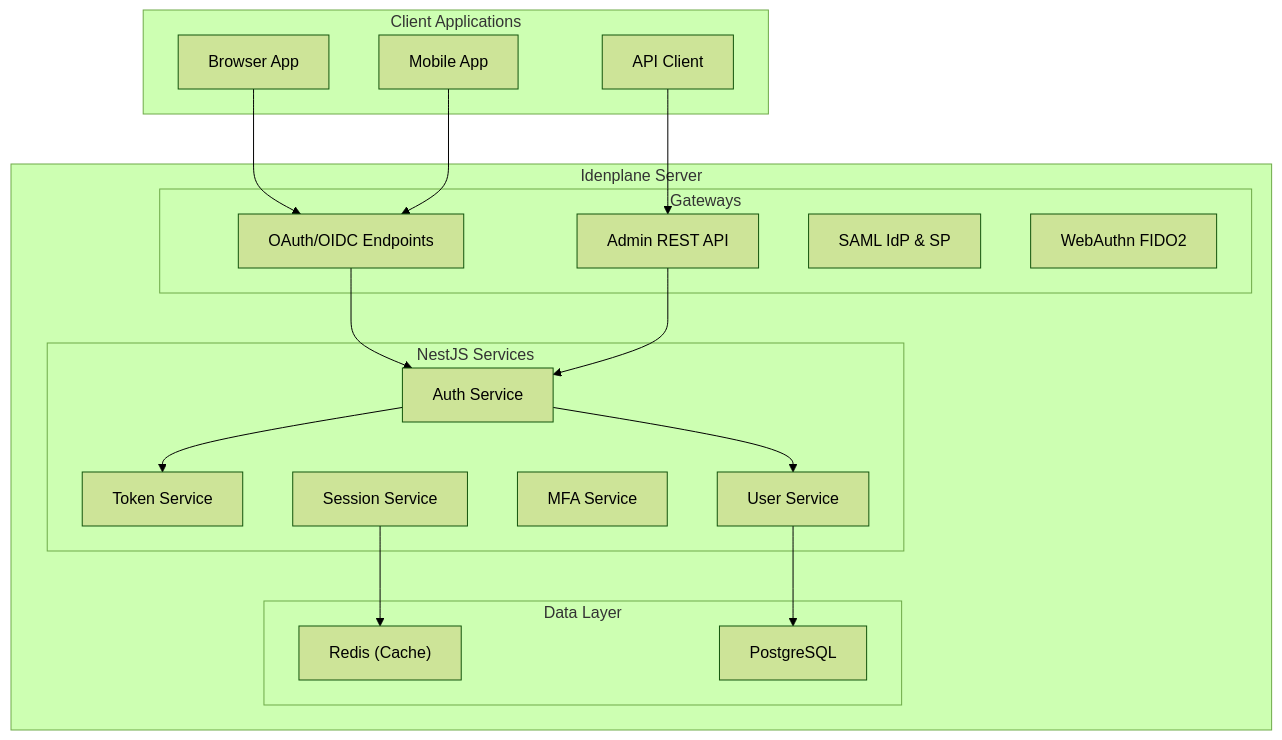
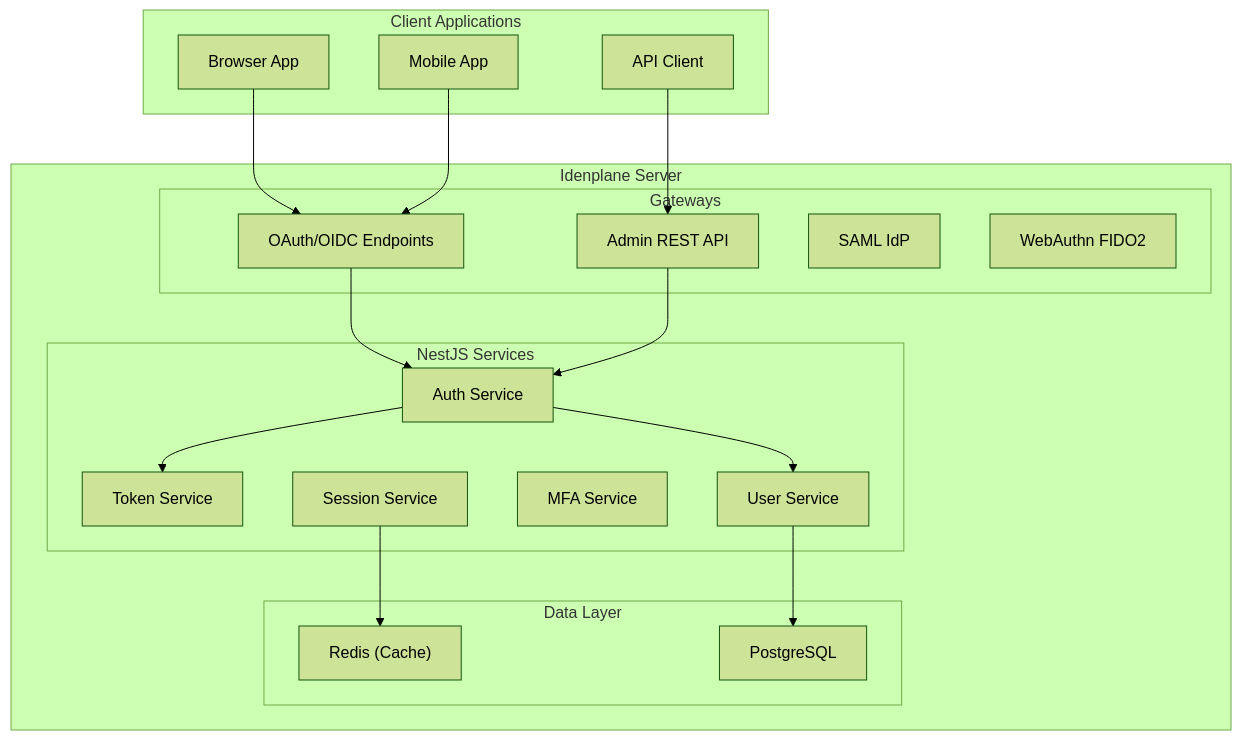
One commit to idenplane/idenplane changed the diagram in docs/docs/intro.md. Above: the diagram before and after it, drawn with Mermaid (forest theme). The commit also changed other lines of this file and 1 other file, not shown here.

Commit message:
docs: Idenplane is a SAML IdP only; brokering is OIDC only
README and the intro claimed a SAML SP role and SAML identity brokering,
and named @node-saml/node-saml as the SAML library. Idenplane issues SAML
assertions as an IdP (xml-crypto, @xmldom/xmldom); the broker supports
OIDC providers only.

````diff
--- a/docs/docs/intro.md
+++ b/docs/docs/intro.md
@@ -88,40 +88,40 @@
 ```mermaid
 graph TB
     subgraph Client["Client Applications"]
         Browser["Browser App"]
         Mobile["Mobile App"]
         API["API Client"]
     end
 
     subgraph Idenplane["Idenplane Server"]
         subgraph Gateways["Gateways"]
             AdminAPI["Admin REST API"]
             OAuth["OAuth/OIDC Endpoints"]
-            SAML["SAML IdP & SP"]
+            SAML["SAML IdP"]
             WebAuthn["WebAuthn FIDO2"]
         end
 
         subgraph Services["NestJS Services"]
             AuthService["Auth Service"]
             TokenService["Token Service"]
             UserService["User Service"]
             MFAService["MFA Service"]
             SessionService["Session Service"]
         end
 
         subgraph Storage["Data Layer"]
             Redis["Redis (Cache)"]
             Postgres["PostgreSQL"]
         end
     end
 
     Browser --> OAuth
     Mobile --> OAuth
     API --> AdminAPI
     OAuth --> AuthService
     AdminAPI --> AuthService
     AuthService --> TokenService
     AuthService --> UserService
     SessionService --> Redis
     UserService --> Postgres
 ```
````
